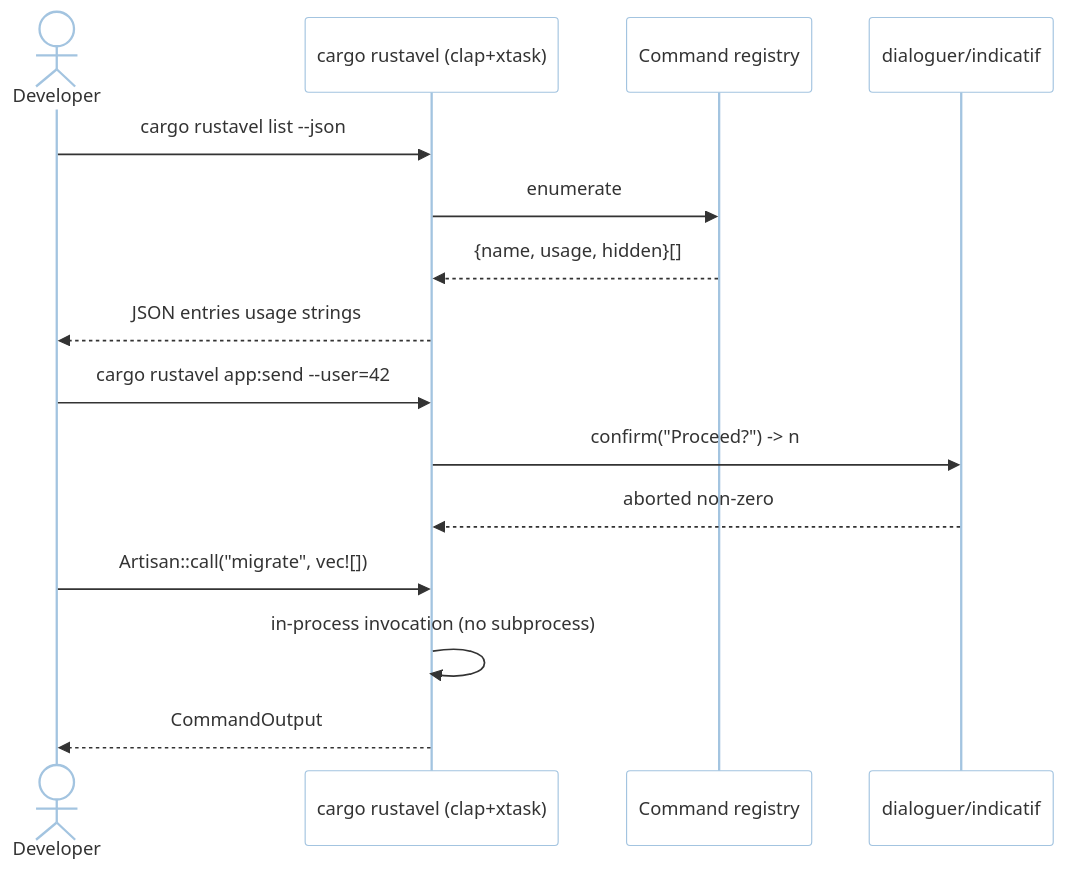
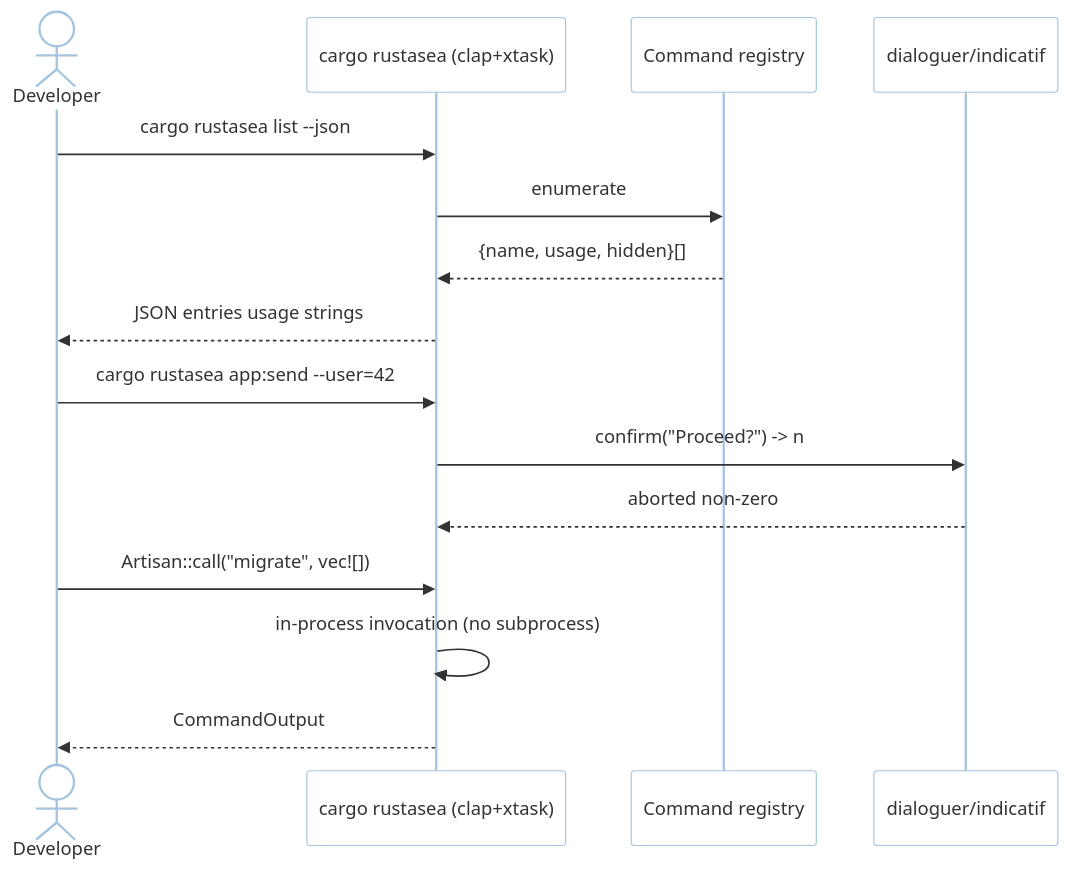
One commit to rustasea/rustasea changed the first of 2 diagrams in .agents/documents/application/modules/developer-platform/cli.md. Above: the diagram before and after it, drawn with Mermaid. The commit also changed other lines of this file and 405 other files, not shown here.

````diff
--- a/.agents/documents/application/modules/developer-platform/cli.md
+++ b/.agents/documents/application/modules/developer-platform/cli.md
@@ -21,19 +21,19 @@
 ```mermaid
 %%{init: {"theme": "base", "themeVariables": {"background": "#ffffff", "mainBkg": "#ffffff", "primaryColor": "#bbdefb", "secondaryColor": "#fff9c4", "tertiaryColor": "#c8e6c9"}}}%%
 sequenceDiagram
     actor Dev as Developer
-    participant CLI as cargo rustavel (clap+xtask)
+    participant CLI as cargo rustasea (clap+xtask)
     participant Registry as Command registry
     participant Prompts as dialoguer/indicatif
 
-    Dev->>CLI: cargo rustavel list --json
+    Dev->>CLI: cargo rustasea list --json
     CLI->>Registry: enumerate #[usage]/#[help]/#[hidden]
     Registry-->>CLI: {name, usage, hidden}[]
     CLI-->>Dev: JSON entries usage strings
-    Dev->>CLI: cargo rustavel app:send --user=42
+    Dev->>CLI: cargo rustasea app:send --user=42
     CLI->>Prompts: confirm("Proceed?") -> n
     Prompts-->>CLI: aborted non-zero
     Dev->>CLI: Artisan::call("migrate", vec![])
     CLI->>CLI: in-process invocation (no subprocess)
     CLI-->>Dev: CommandOutput
 ```
````
